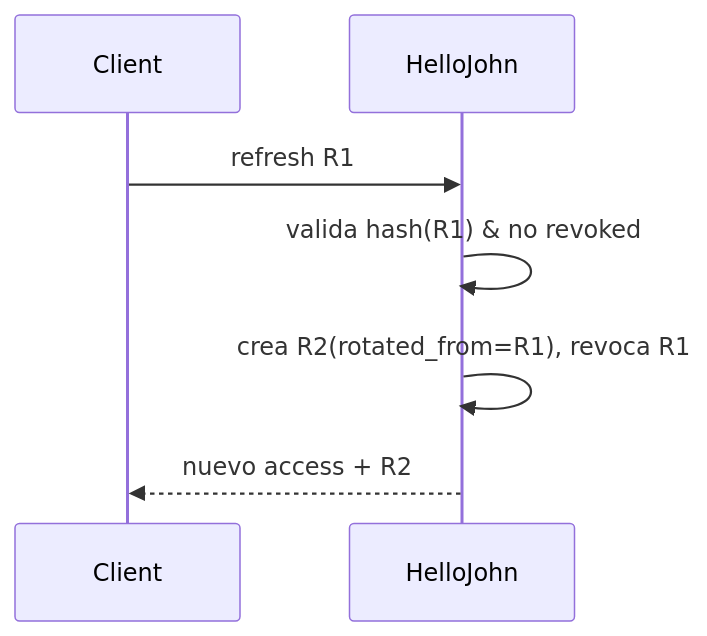
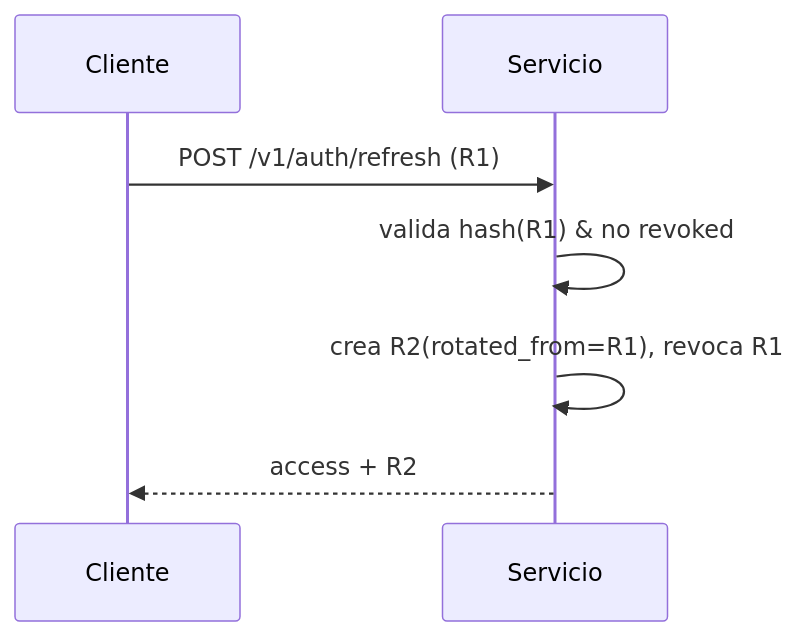
Before and after one commit to dropDatabas3/hellojohn: the fifth of 9 diagrams in README.md, drawn with Mermaid. The commit also changed other lines of this file and 30 other files, not shown here.

````diff
--- a/README.md
+++ b/README.md
@@ -176,9 +140,9 @@
 ```mermaid
 sequenceDiagram
-participant C as Client
-participant S as HelloJohn
-C->>S: refresh R1
+participant C as Cliente
+participant S as Servicio
+C->>S: POST /v1/auth/refresh (R1)
 S->>S: valida hash(R1) & no revoked
 S->>S: crea R2(rotated_from=R1), revoca R1
-S-->>C: nuevo access + R2
+S-->>C: access + R2
 ```
````
